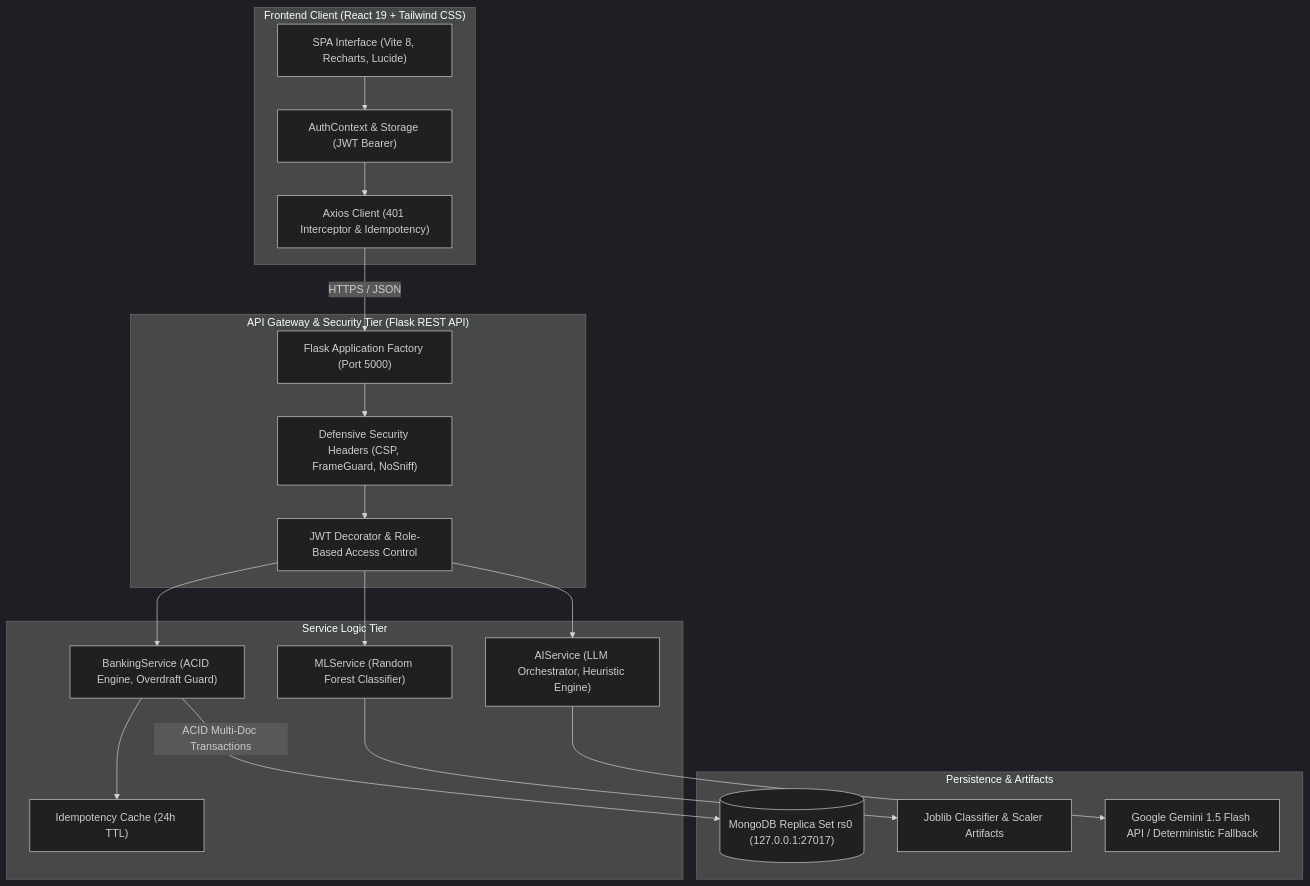
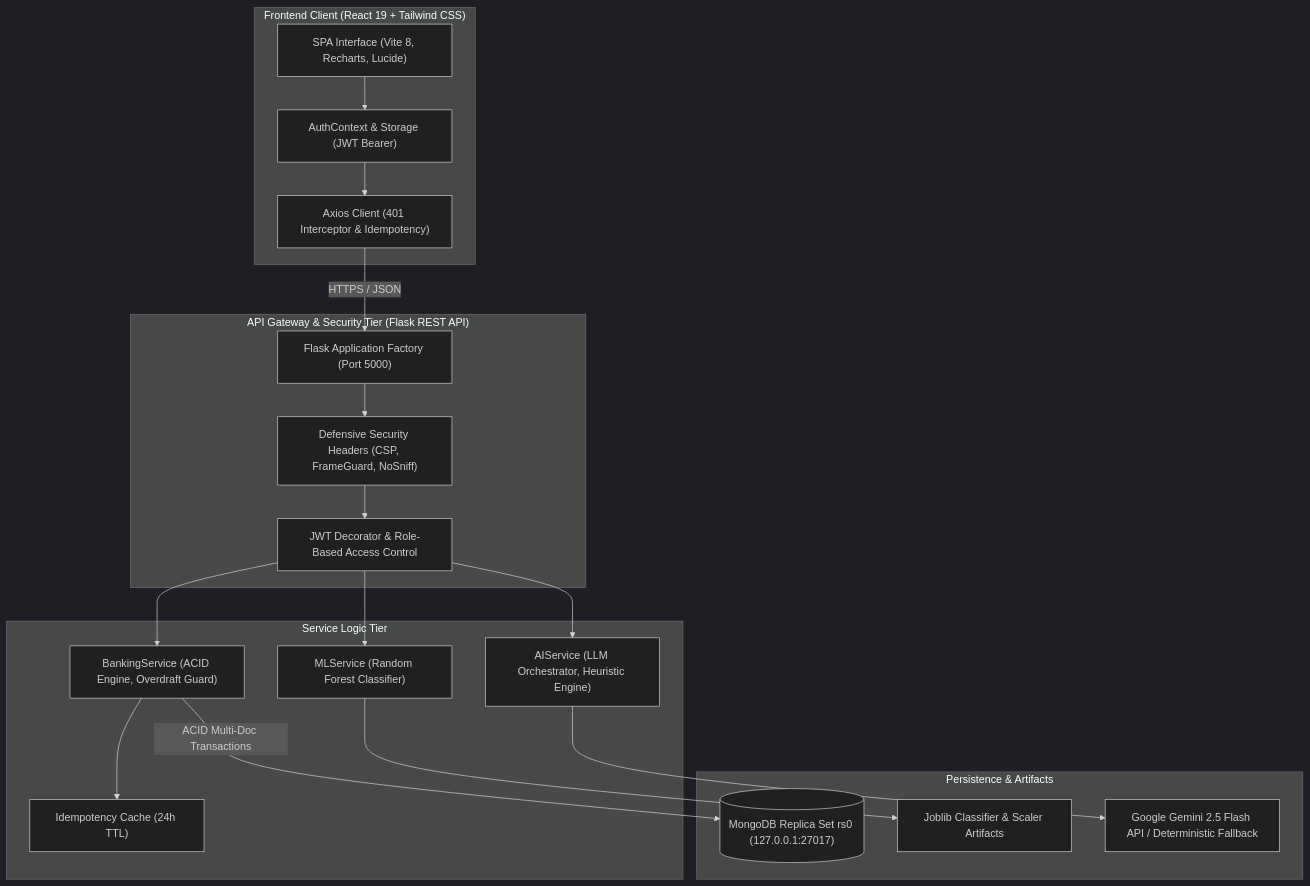
The first of 4 diagrams in README.md (Karpagavalli-V/Apex), drawn with Mermaid (dark theme) before and after one commit. The commit also changed other lines of this file and 5 other files, not shown here.

Commit message:
chore: upgrade GenAI model to gemini-2.5-flash

````diff
--- a/README.md
+++ b/README.md
@@ -53,38 +53,38 @@
 ```mermaid
 flowchart TB
     subgraph ClientLayer["Frontend Client (React 19 + Tailwind CSS)"]
         UI["SPA Interface (Vite 8, Recharts, Lucide)"]
         AuthContext["AuthContext & Storage (JWT Bearer)"]
         APIClient["Axios Client (401 Interceptor & Idempotency)"]
         UI --> AuthContext --> APIClient
     end
 
     subgraph GatewayLayer["API Gateway & Security Tier (Flask REST API)"]
         AppFactory["Flask Application Factory (Port 5000)"]
         SecHeaders["Defensive Security Headers (CSP, FrameGuard, NoSniff)"]
         AuthGuard["JWT Decorator & Role-Based Access Control"]
         AppFactory --> SecHeaders --> AuthGuard
     end
 
     subgraph ServiceLayer["Service Logic Tier"]
         BankSvc["BankingService (ACID Engine, Overdraft Guard)"]
         MLSvc["MLService (Random Forest Classifier)"]
         AISvc["AIService (LLM Orchestrator, Heuristic Engine)"]
         IdemHandler["Idempotency Cache (24h TTL)"]
     end
 
     subgraph DataLayer["Persistence & Artifacts"]
         MongoRS[("MongoDB Replica Set rs0 (127.0.0.1:27017)")]
         MLModel["Joblib Classifier & Scaler Artifacts"]
-        GeminiAPI["Google Gemini 1.5 Flash API / Deterministic Fallback"]
+        GeminiAPI["Google Gemini 2.5 Flash API / Deterministic Fallback"]
     end
 
     APIClient -->|HTTPS / JSON| AppFactory
     AuthGuard --> BankSvc
     AuthGuard --> MLSvc
     AuthGuard --> AISvc
     BankSvc --> IdemHandler
     BankSvc -->|ACID Multi-Doc Transactions| MongoRS
     MLSvc --> MLModel
     AISvc --> GeminiAPI
 ```
````
